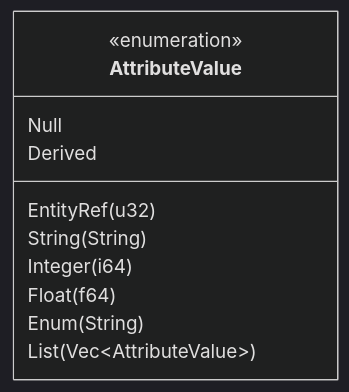
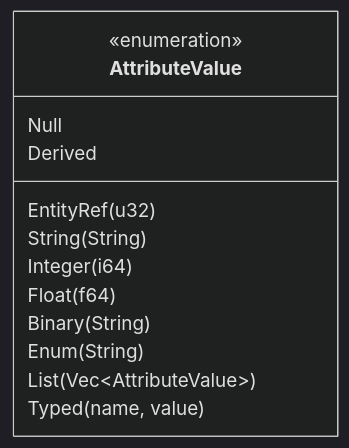
The seventh of 9 diagrams in docs/architecture/parsing-pipeline.md (LTplus-AG/ifc-lite), drawn with Mermaid (dark theme) before and after one commit. The commit also changed other lines of this file and 6 other files, not shown here.

First line of the commit message:
docs(architecture): match the pipeline docs to the current code

````diff
--- a/docs/architecture/parsing-pipeline.md
+++ b/docs/architecture/parsing-pipeline.md
@@ -198,14 +202,16 @@
 ```mermaid
 classDiagram
     class AttributeValue {
         <<enumeration>>
         EntityRef(u32)
         String(String)
         Integer(i64)
         Float(f64)
+        Binary(String)
         Enum(String)
         List(Vec~AttributeValue~)
+        Typed(name, value)
         Null
         Derived
     }
 ```
````
